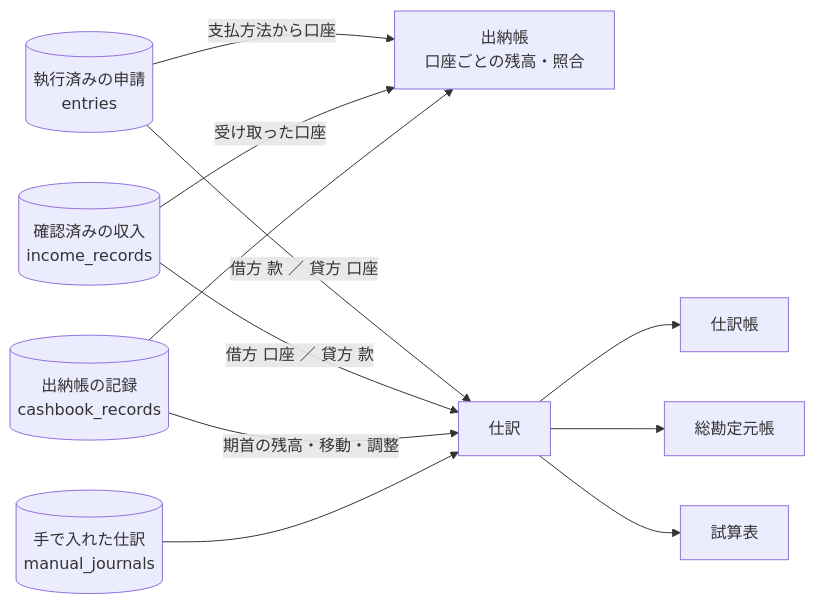
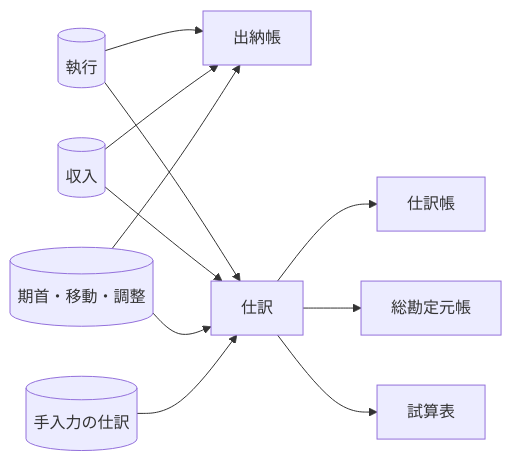
Before and after one commit to Kota-Ohira17/expenditure: the ninth of 18 diagrams in docs/仕様書.md, drawn with Mermaid. The commit also changed other lines of this file, not shown here.

Commit message:
仕様書のMermaid図を短く描き直す

````diff
--- a/docs/仕様書.md
+++ b/docs/仕様書.md
@@ -996,20 +942,15 @@
 ```mermaid
 flowchart LR
-    exec[("執行済みの申請<br/>entries")]
-    inc[("確認済みの収入<br/>income_records")]
-    rec[("出納帳の記録<br/>cashbook_records")]
-    man[("手で入れた仕訳<br/>manual_journals")]
-    cb["出納帳<br/>口座ごとの残高・照合"]
-    jr["仕訳"]
-    tb["試算表"]
-    gl["総勘定元帳"]
-    jb["仕訳帳"]
-    exec -->|"支払方法から口座"| cb
-    inc -->|"受け取った口座"| cb
-    rec --> cb
-    exec -->|"借方 款 ／ 貸方 口座"| jr
-    inc -->|"借方 口座 ／ 貸方 款"| jr
-    rec -->|"期首の残高・移動・調整"| jr
-    man --> jr
+    exec[(執行)]
+    inc[(収入)]
+    rec[(期首・移動・調整)]
+    man[(手入力の仕訳)]
+    cash[出納帳]
+    jr[仕訳]
+    jb[仕訳帳]
+    gl[総勘定元帳]
+    tb[試算表]
+    exec & inc & rec --> cash
+    exec & inc & rec & man --> jr
     jr --> jb & gl & tb
 ```
````
